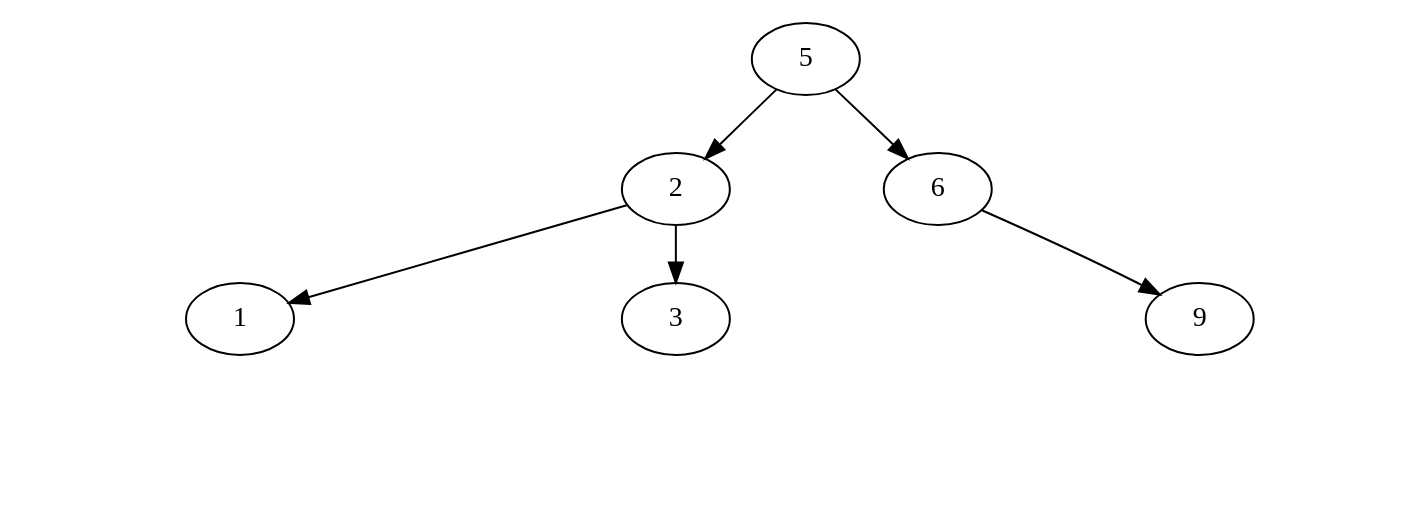
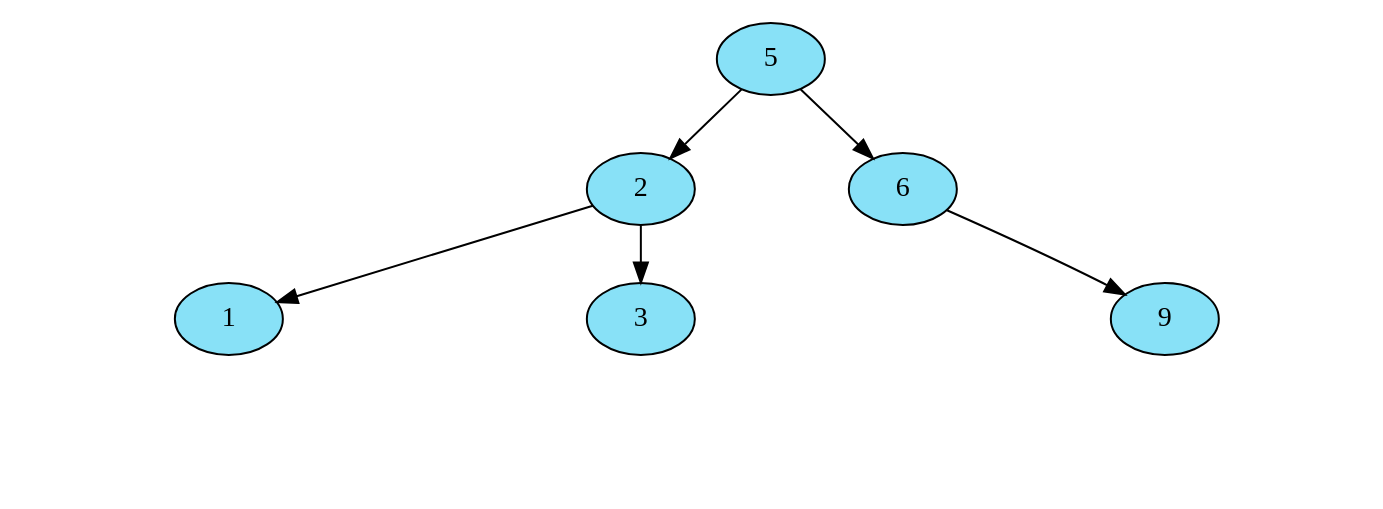
One commit to Serch-ING/EDD_UDRAWING_202000119 changed the diagram in FASE 2/Grafico/3000_ArbolImagenes.dot. Above: the diagram before and after it, drawn with Graphviz. The commit also changed 29 other files, not shown here.

```diff
--- a/FASE 2/Grafico/3000_ArbolImagenes.dot
+++ b/FASE 2/Grafico/3000_ArbolImagenes.dot
@@ -1,23 +1,24 @@
 digraph G {
 nodesep=0; 
 ranksep=0.4;
+node[style = filled fillcolor="#88E1F7"];
 5-> 2
 2-> 1
-Invisible1833746068[style=invis];
-1-> Invisible1833746068[arrowsize=0 style= invisible] 
-Invisible1833746068[style=invis];
-1-> Invisible1833746068[arrowsize=0 style= invisible] 
+Invisible589132998[style=invis];
+1-> Invisible589132998[arrowsize=0 style= invisible] 
+Invisible589132998[style=invis];
+1-> Invisible589132998[arrowsize=0 style= invisible] 
 2-> 3
-Invisible2126647345[style=invis];
-3-> Invisible2126647345[arrowsize=0 style= invisible] 
-Invisible2126647345[style=invis];
-3-> Invisible2126647345[arrowsize=0 style= invisible] 
+Invisible801395849[style=invis];
+3-> Invisible801395849[arrowsize=0 style= invisible] 
+Invisible801395849[style=invis];
+3-> Invisible801395849[arrowsize=0 style= invisible] 
 5-> 6
-Invisible522816860[style=invis];
-6-> Invisible522816860[arrowsize=0 style= invisible] 
+Invisible128196335[style=invis];
+6-> Invisible128196335[arrowsize=0 style= invisible] 
 6-> 9
-Invisible461780639[style=invis];
-9-> Invisible461780639[arrowsize=0 style= invisible] 
-Invisible461780639[style=invis];
-9-> Invisible461780639[arrowsize=0 style= invisible] 
+Invisible83198190[style=invis];
+9-> Invisible83198190[arrowsize=0 style= invisible] 
+Invisible83198190[style=invis];
+9-> Invisible83198190[arrowsize=0 style= invisible] 
 }
```
